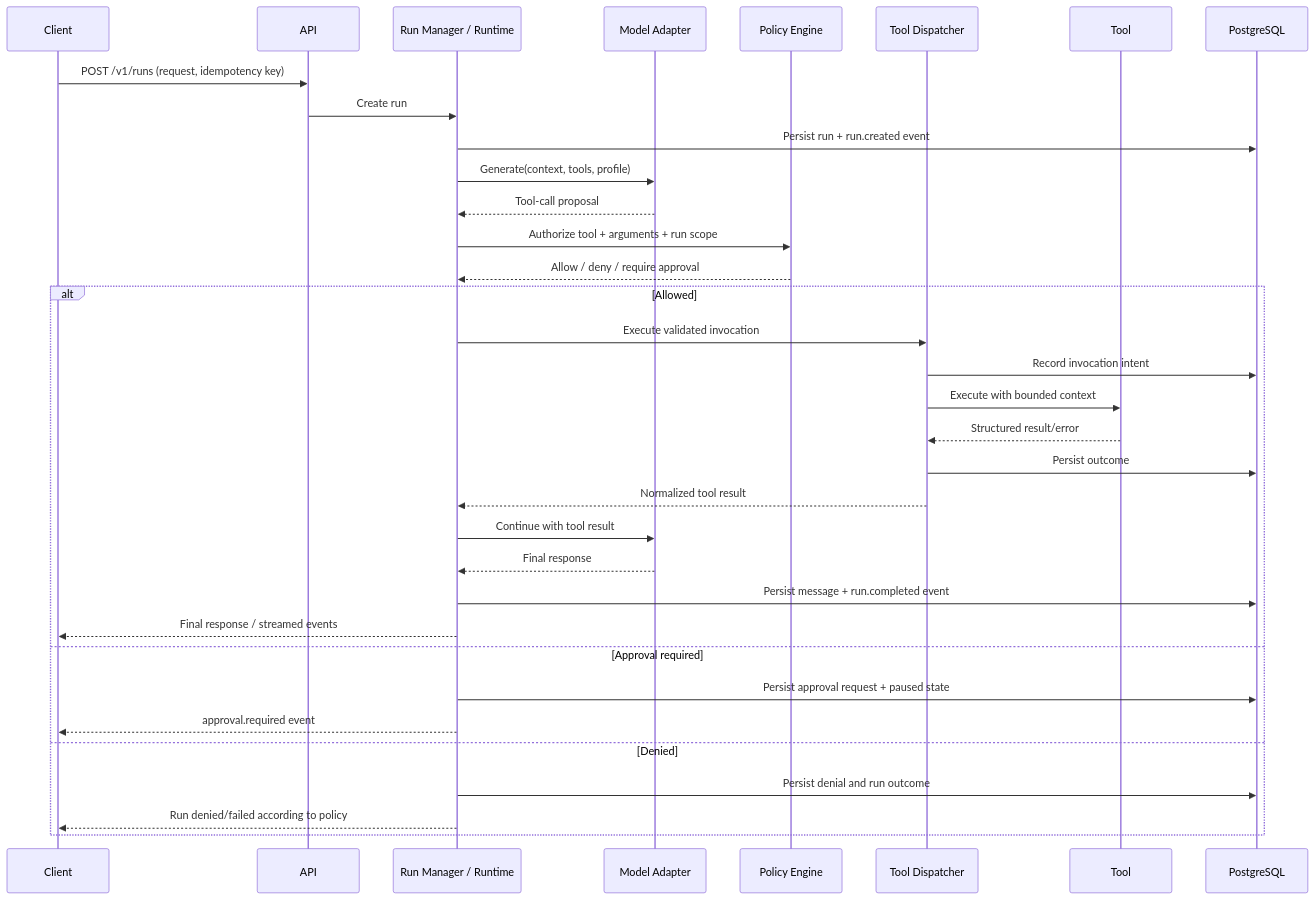
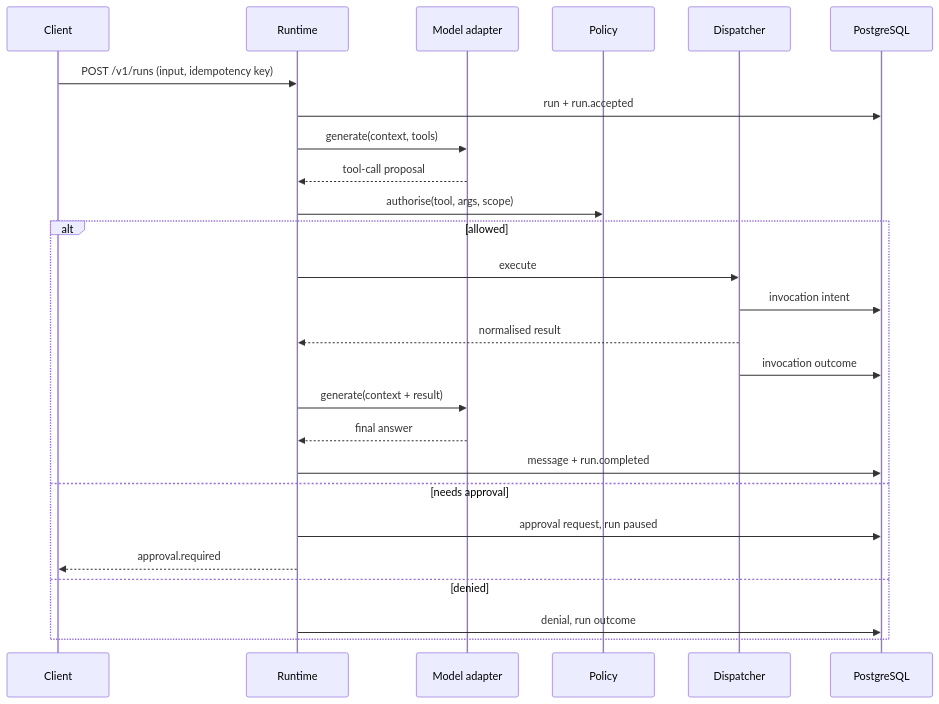
One commit to NP2420/agent-platform-foundation changed the second of 2 diagrams in docs/ARCHITECTURE.md. Above: the diagram before and after it, drawn with Mermaid. The commit also changed other lines of this file and 39 other files, not shown here.

````diff
--- a/docs/ARCHITECTURE.md
+++ b/docs/ARCHITECTURE.md
@@ -107,37 +80,29 @@
 ```mermaid
 sequenceDiagram
     participant C as Client
-    participant A as API
-    participant R as Run Manager / Runtime
-    participant M as Model Adapter
-    participant P as Policy Engine
-    participant D as Tool Dispatcher
-    participant T as Tool
+    participant R as Runtime
+    participant M as Model adapter
+    participant P as Policy
+    participant D as Dispatcher
     participant DB as PostgreSQL
 
-    C->>A: POST /v1/runs (request, idempotency key)
-    A->>R: Create run
-    R->>DB: Persist run + run.created event
-    R->>M: Generate(context, tools, profile)
-    M-->>R: Tool-call proposal
-    R->>P: Authorize tool + arguments + run scope
-    P-->>R: Allow / deny / require approval
-    alt Allowed
-        R->>D: Execute validated invocation
-        D->>DB: Record invocation intent
-        D->>T: Execute with bounded context
-        T-->>D: Structured result/error
-        D->>DB: Persist outcome
-        D-->>R: Normalized tool result
-        R->>M: Continue with tool result
-        M-->>R: Final response
-        R->>DB: Persist message + run.completed event
-        R-->>C: Final response / streamed events
-    else Approval required
-        R->>DB: Persist approval request + paused state
-        R-->>C: approval.required event
-    else Denied
-        R->>DB: Persist denial and run outcome
-        R-->>C: Run denied/failed according to policy
+    C->>R: POST /v1/runs (input, idempotency key)
+    R->>DB: run + run.accepted
+    R->>M: generate(context, tools)
+    M-->>R: tool-call proposal
+    R->>P: authorise(tool, args, scope)
+    alt allowed
+        R->>D: execute
+        D->>DB: invocation intent
+        D-->>R: normalised result
+        D->>DB: invocation outcome
+        R->>M: generate(context + result)
+        M-->>R: final answer
+        R->>DB: message + run.completed
+    else needs approval
+        R->>DB: approval request, run paused
+        R-->>C: approval.required
+    else denied
+        R->>DB: denial, run outcome
     end
 ```
````
